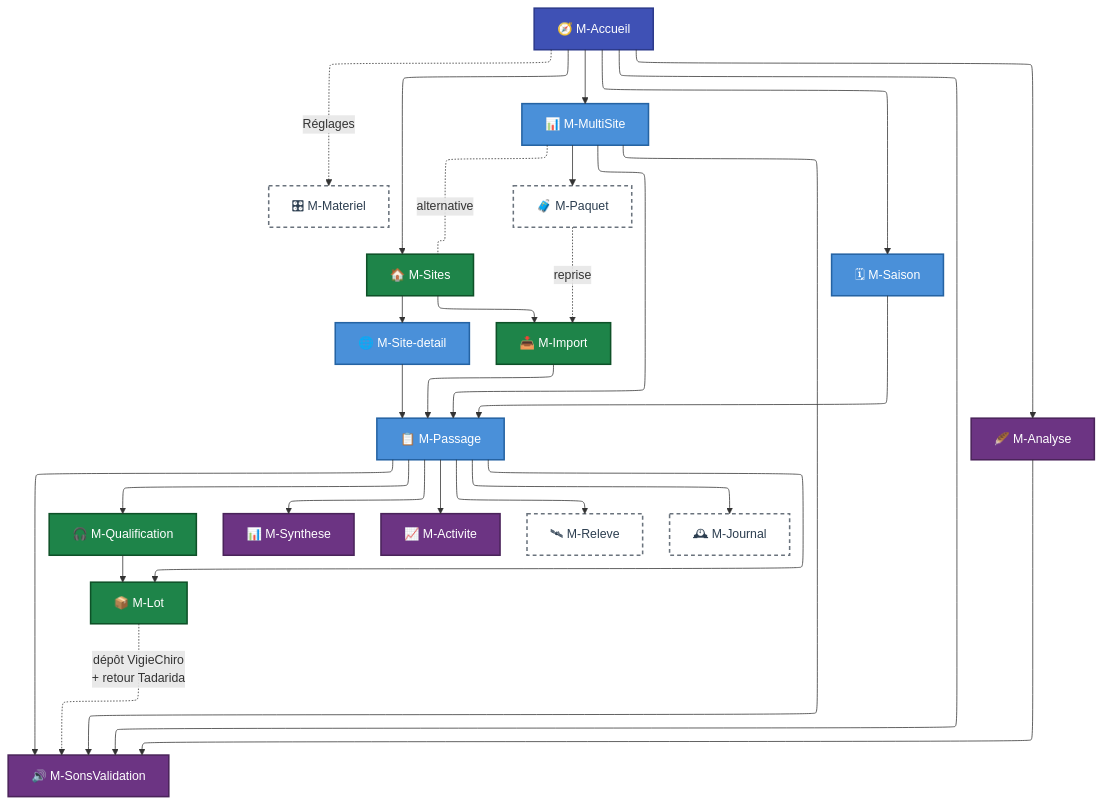
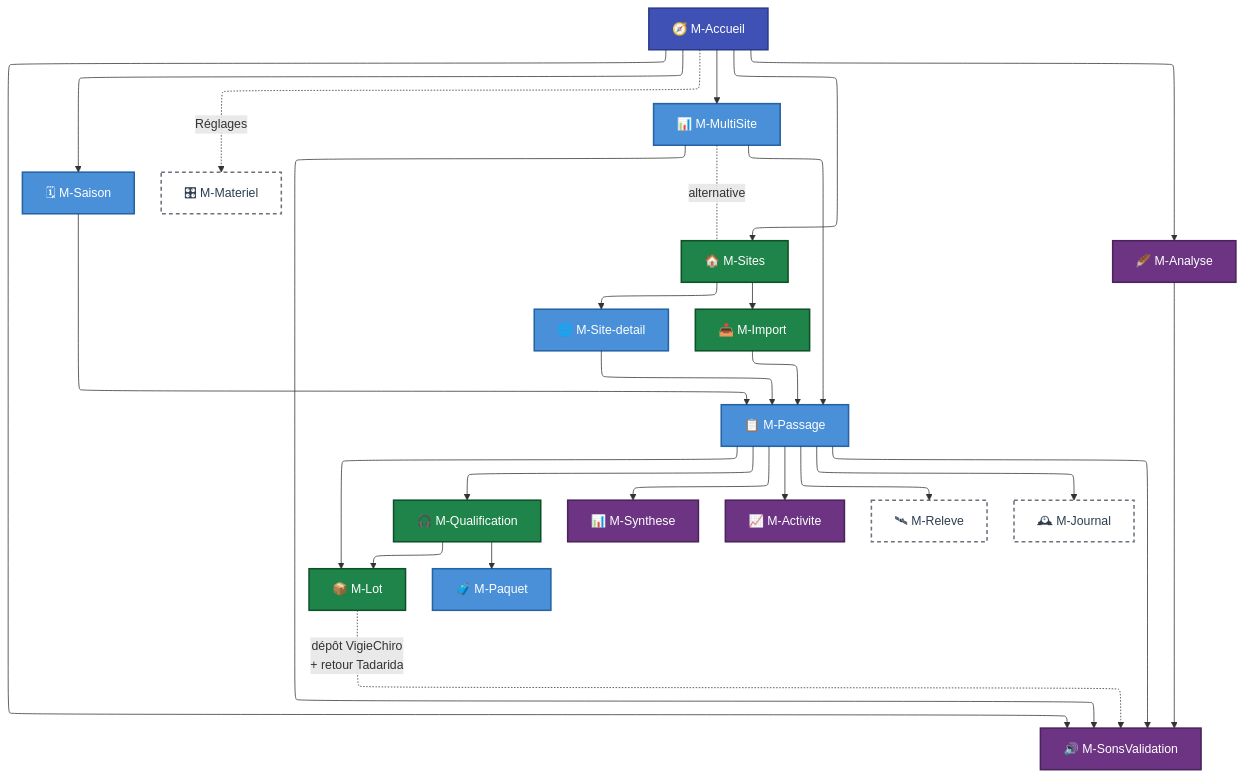
The diagram in brief/docs/Analyse et conception/Maquettes/index.md (echonuit/vigiechiro-pr-companion), drawn with Mermaid before and after one commit. The commit also changed other lines of this file and 3 other files, not shown here.

````diff
--- a/brief/docs/Analyse et conception/Maquettes/index.md
+++ b/brief/docs/Analyse et conception/Maquettes/index.md
@@ -75,60 +75,59 @@
 ```mermaid
 %%{init: {"flowchart": {"defaultRenderer": "elk"}, "themeCSS": ".nodeLabel, .nodeLabel p, .nodeLabel span { color: #fff !important; fill: #fff !important; }"}}%%
 flowchart TB
     Accueil[🧭 M-Accueil]
     Sites[🏠 M-Sites]
     MultiSite[📊 M-MultiSite]
     Detail[🌐 M-Site-detail]
     Import[📥 M-Import]
     Passage[📋 M-Passage]
     Qualif[🎧 M-Qualification]
     Lot[📦 M-Lot]
     Analyse[🪶 M-Analyse]
     SonsVal[🔊 M-SonsValidation]
     Saison[🗓 M-Saison]
     Synthese[📊 M-Synthese]
     Activite[📈 M-Activite]
     Releve[🛰 M-Releve]
     Journal[🕰 M-Journal]
     Materiel[🎛 M-Materiel]
     Paquet[🧳 M-Paquet]
 
     Accueil --> Sites
     Accueil --> MultiSite
     Accueil --> Analyse
     Accueil --> SonsVal
     Accueil --> Saison
     Sites --> Detail
     Sites --> Import
     MultiSite -.alternative.- Sites
     Detail --> Passage
     Import --> Passage
     MultiSite --> Passage
     Saison --> Passage
     Passage --> Qualif
     Passage --> SonsVal
     Passage --> Synthese
     Passage --> Activite
     Qualif --> Lot
     Passage --> Lot
     Lot -.dépôt VigieChiro<br/>+ retour Tadarida.-> SonsVal
     Analyse --> SonsVal
     MultiSite --> SonsVal
 
     classDef accueil fill:#3f51b5,stroke:#2c3a8c,color:#fff,stroke-width:2px
     classDef main fill:#1e8449,stroke:#0e5128,color:#fff,stroke-width:2px
     classDef detail fill:#4a90d9,stroke:#2563a3,color:#fff,stroke-width:2px
     classDef biodiv fill:#6c3483,stroke:#4a235a,color:#fff,stroke-width:2px
     classDef avenir fill:#ffffff,stroke:#6a737d,color:#2c3e50,stroke-width:2px,stroke-dasharray:5 4
     class Accueil accueil
     class Sites,Import,Qualif,Lot main
     Passage --> Releve
     Passage --> Journal
     Accueil -.Réglages.-> Materiel
-    MultiSite --> Paquet
-    Paquet -.reprise.-> Import
+    Qualif --> Paquet
 
-    class Detail,Passage,MultiSite,Saison detail
+    class Detail,Passage,MultiSite,Saison,Paquet detail
     class Analyse,SonsVal,Synthese,Activite biodiv
-    class Releve,Journal,Materiel,Paquet avenir
+    class Releve,Journal,Materiel avenir
 ```
````
